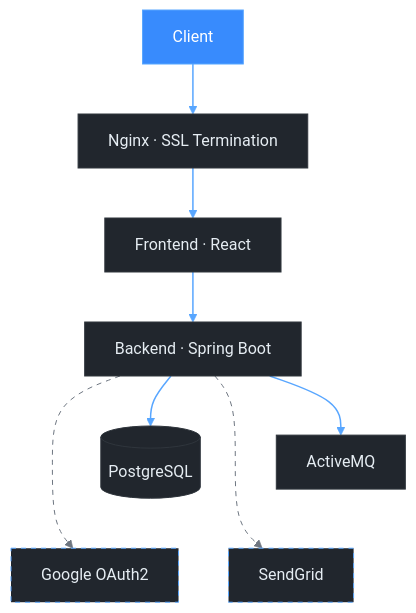
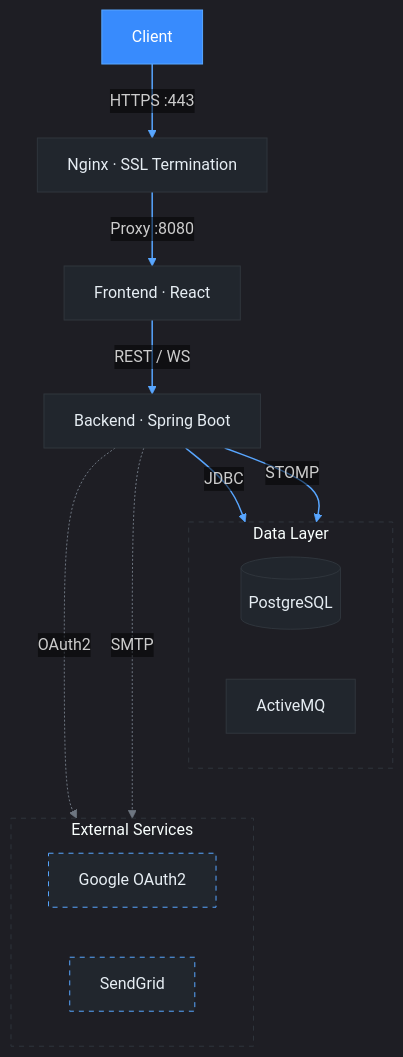
Before and after one commit to sagi-menahem/SynchBoard: the diagram in README.md, drawn with Mermaid.

Commit message:
docs: enhance traffic flow diagram in README for improved clarity and GitHub Dark Mode compatibility

````diff
--- a/README.md
+++ b/README.md
@@ -64,32 +64,41 @@
 ```mermaid
+%%{init: {'theme': 'dark', 'themeVariables': { 'edgeLabelBackground':'transparent', 'primaryTextColor': '#e6edf3'}}}%%
 flowchart TD
-    %% Minimalist theme optimized for GitHub Dark Mode
     classDef default fill:#21262d,stroke:#30363d,stroke-width:1px,color:#e6edf3
     classDef accent fill:#388bfd,stroke:#58a6ff,stroke-width:1px,color:#ffffff
     classDef external fill:#21262d,stroke:#58a6ff,stroke-width:1px,color:#e6edf3,stroke-dasharray:5 5
 
     Client["Client"]:::accent
     Nginx["Nginx · SSL Termination"]
     Frontend["Frontend · React"]
     Backend["Backend · Spring Boot"]
-    Postgres[("PostgreSQL")]
-    ActiveMQ["ActiveMQ"]
-    Google["Google OAuth2"]:::external
-    SendGrid["SendGrid"]:::external
 
-    Client --> Nginx
-    Nginx --> Frontend
-    Frontend --> Backend
-    Backend --> Postgres
-    Backend --> ActiveMQ
-    Backend -.-> Google
-    Backend -.-> SendGrid
+    subgraph data ["Data Layer"]
+        direction LR
+        Postgres[("PostgreSQL")]
+        ActiveMQ["ActiveMQ"]
+    end
 
-    %% Force side-by-side alignment: Data on left, External on right
-    Postgres ~~~ Google
-    ActiveMQ ~~~ SendGrid
+    subgraph external ["External Services"]
+        direction LR
+        Google["Google OAuth2"]:::external
+        SendGrid["SendGrid"]:::external
+    end
 
-    linkStyle 0,1,2 stroke:#58a6ff,stroke-width:1.5px
-    linkStyle 3,4 stroke:#58a6ff,stroke-width:1.5px
-    linkStyle 5,6 stroke:#6e7681,stroke-width:1px,stroke-dasharray:5 5
+    Client -->|"HTTPS :443"| Nginx
+    Nginx -->|"Proxy :8080"| Frontend
+    Frontend -->|"REST / WS"| Backend
+    Backend -->|"JDBC"| Postgres
+    Backend -->|"STOMP"| ActiveMQ
+    Backend -.->|"OAuth2"| Google
+    Backend -.->|"SMTP"| SendGrid
+
+    %% Force subgraphs side-by-side
+    data ~~~ external
+
+    style data fill:transparent,stroke:#30363d,stroke-width:1px,stroke-dasharray:5 5
+    style external fill:transparent,stroke:#30363d,stroke-width:1px,stroke-dasharray:5 5
+
+    linkStyle 0,1,2,3,4 stroke:#58a6ff,stroke-width:1.5px
+    linkStyle 5,6 stroke:#6e7681,stroke-width:1px
 ```
````
